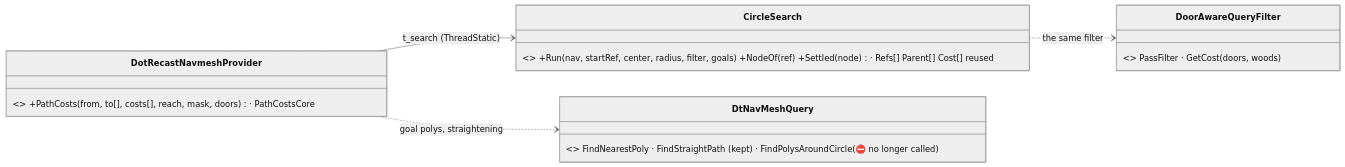
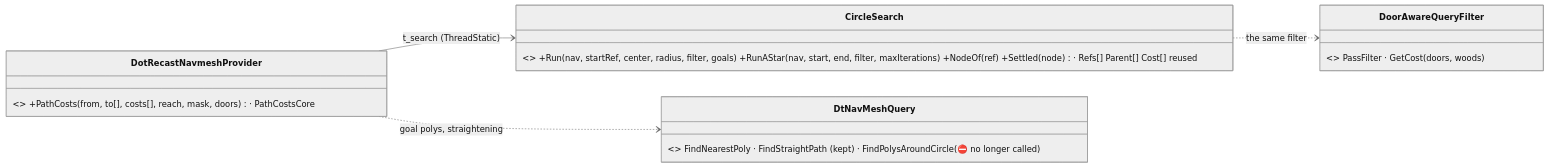
Before and after one commit to pjanec/HROT: diagram 17 of 18 in docs/designs/navig-2/Navigation_Design_v2_0.md, drawn with Mermaid (neutral theme). The commit also changed other lines of this file and 4 other files, not shown here.

````diff
--- a/docs/designs/navig-2/Navigation_Design_v2_0.md
+++ b/docs/designs/navig-2/Navigation_Design_v2_0.md
@@ -1800,11 +1801,11 @@
 ```mermaid
 classDiagram
   direction LR
   class DotRecastNavmeshProvider { <<existing>> +PathCosts(from, to[], costs[], reach, mask, doors) · PathCostsCore }
-  class CircleSearch { <<NEW, internal, one per thread>> +Run(nav, startRef, center, radius, filter, goals) +NodeOf(ref) +Settled(node) · Refs[] Parent[] Cost[] reused }
+  class CircleSearch { <<NEW, internal, one per thread>> +Run(nav, startRef, center, radius, filter, goals) +RunAStar(nav, start, end, filter, maxIterations) +NodeOf(ref) +Settled(node) · Refs[] Parent[] Cost[] reused }
   class DtNavMeshQuery { <<DotRecast>> FindNearestPoly · FindStraightPath (kept) · FindPolysAroundCircle (⛔ no longer called) }
   class DoorAwareQueryFilter { <<existing>> PassFilter · GetCost (doors, woods) }
   DotRecastNavmeshProvider --> CircleSearch : t_search (ThreadStatic)
   DotRecastNavmeshProvider ..> DtNavMeshQuery : goal polys, straightening
   CircleSearch ..> DoorAwareQueryFilter : the same filter
 ```
````
